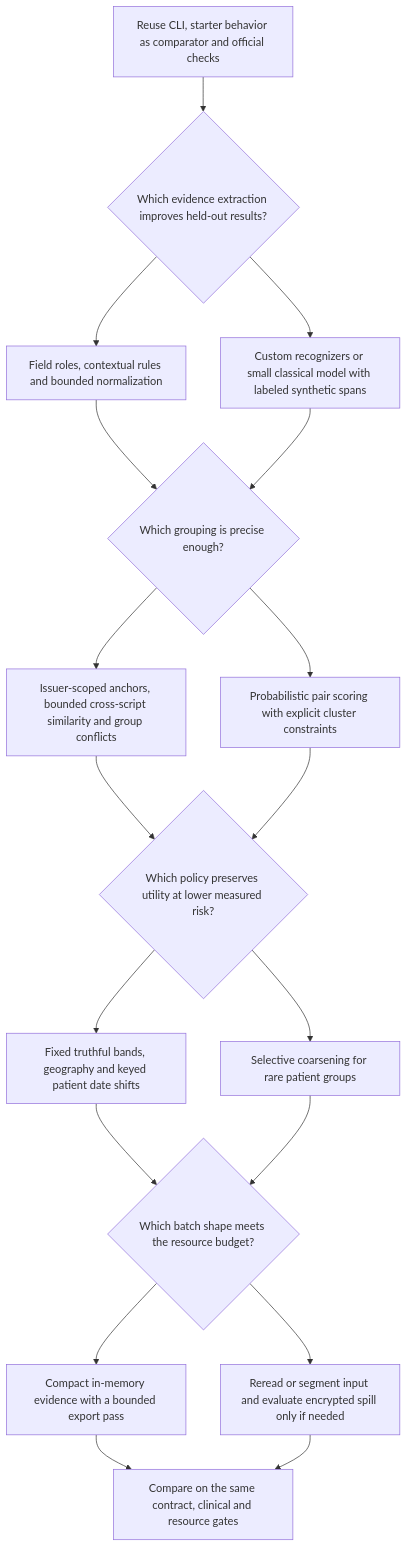
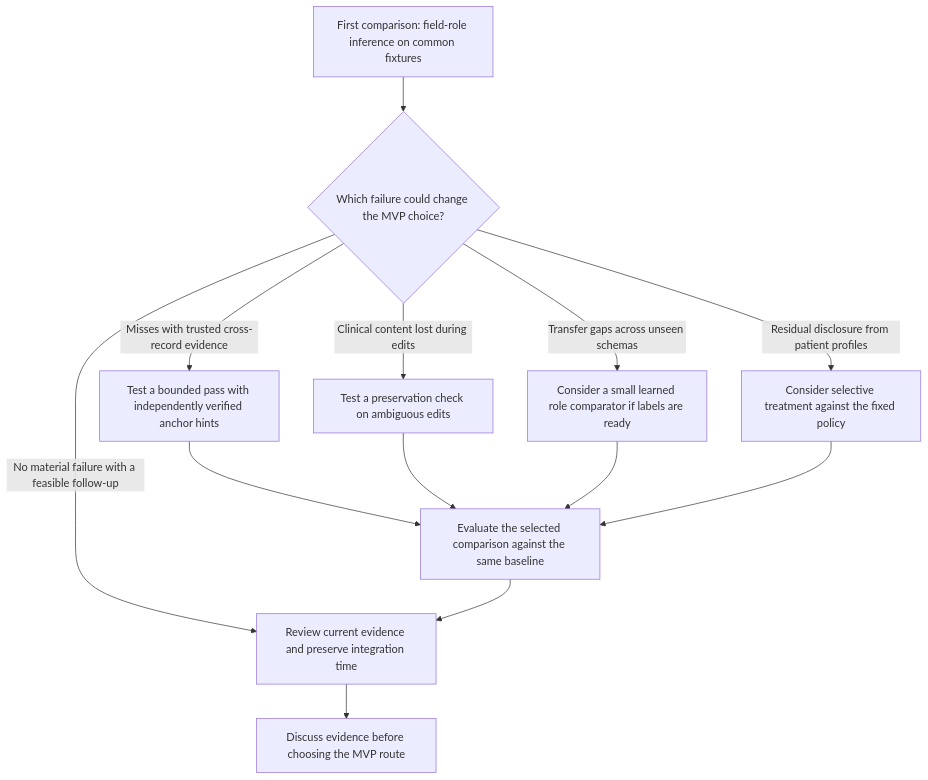
One commit to baymax-afk/scaler_hackthon changed the third of 5 diagrams in docs/wayfinder.md. Above: the diagram before and after it, drawn with Mermaid. The commit also changed other lines of this file and 6 other files, not shown here.

````diff
--- a/docs/wayfinder.md
+++ b/docs/wayfinder.md
@@ -77,20 +107,15 @@
 ```mermaid
 flowchart TD
-    A["Reuse CLI, starter behavior as comparator and official checks"] --> D{"Which evidence extraction improves held-out results?"}
-    D --> D1["Field roles, contextual rules and bounded normalization"]
-    D --> D2["Custom recognizers or small classical model with labeled synthetic spans"]
-    D1 --> L{"Which grouping is precise enough?"}
-    D2 --> L
-    L --> L1["Issuer-scoped anchors, bounded cross-script similarity and group conflicts"]
-    L --> L2["Probabilistic pair scoring with explicit cluster constraints"]
-    L1 --> P{"Which policy preserves utility at lower measured risk?"}
-    L2 --> P
-    P --> P1["Fixed truthful bands, geography and keyed patient date shifts"]
-    P --> P2["Selective coarsening for rare patient groups"]
-    P1 --> R{"Which batch shape meets the resource budget?"}
-    P2 --> R
-    R --> R1["Compact in-memory evidence with a bounded export pass"]
-    R --> R2["Reread or segment input and evaluate encrypted spill only if needed"]
-    R1 --> V["Compare on the same contract, clinical and resource gates"]
-    R2 --> V
+    A["First comparison: field-role inference on common fixtures"] --> D{"Which failure could change the MVP choice?"}
+    D -->|Misses with trusted cross-record evidence| L["Test a bounded pass with independently verified anchor hints"]
+    D -->|Clinical content lost during edits| C["Test a preservation check on ambiguous edits"]
+    D -->|Transfer gaps across unseen schemas| M["Consider a small learned role comparator if labels are ready"]
+    D -->|Residual disclosure from patient profiles| P["Consider selective treatment against the fixed policy"]
+    D -->|No material failure with a feasible follow-up| H["Review current evidence and preserve integration time"]
+    L --> V["Evaluate the selected comparison against the same baseline"]
+    C --> V
+    M --> V
+    P --> V
+    V --> H
+    H --> G["Discuss evidence before choosing the MVP route"]
 ```
````
